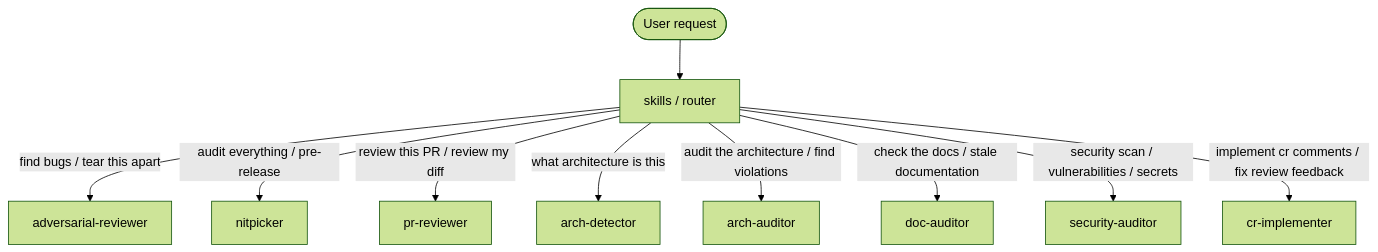
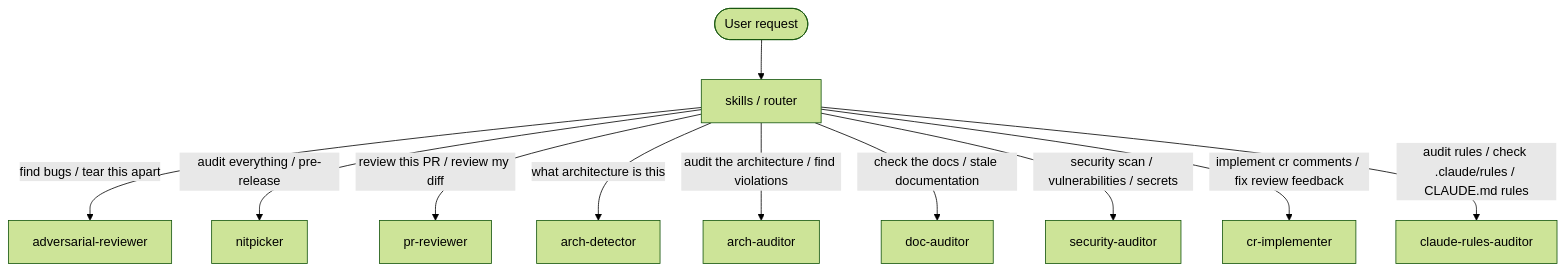
The fifth of 6 diagrams in .claude/skills/README.md (ivuorinen/skills), drawn with Mermaid (forest theme) before and after one commit. The commit also changed other lines of this file and 15 other files, not shown here.

First line of the commit message:
feat: add claude-rules-auditor skill (#17)

````diff
--- a/.claude/skills/README.md
+++ b/.claude/skills/README.md
@@ -224,12 +235,13 @@
 ```mermaid
 flowchart TD
     U([User request]) --> R[skills / router]
     R -->|"find bugs / tear this apart"| AR[adversarial-reviewer]
     R -->|"audit everything / pre-release"| NP[nitpicker]
     R -->|"review this PR / review my diff"| PR[pr-reviewer]
     R -->|"what architecture is this"| AD[arch-detector]
     R -->|"audit the architecture / find violations"| AA[arch-auditor]
     R -->|"check the docs / stale documentation"| DA[doc-auditor]
     R -->|"security scan / vulnerabilities / secrets"| SA[security-auditor]
     R -->|"implement cr comments / fix review feedback"| CRI[cr-implementer]
+    R -->|"audit rules / check .claude/rules / CLAUDE.md rules"| CRA[claude-rules-auditor]
 ```
````
